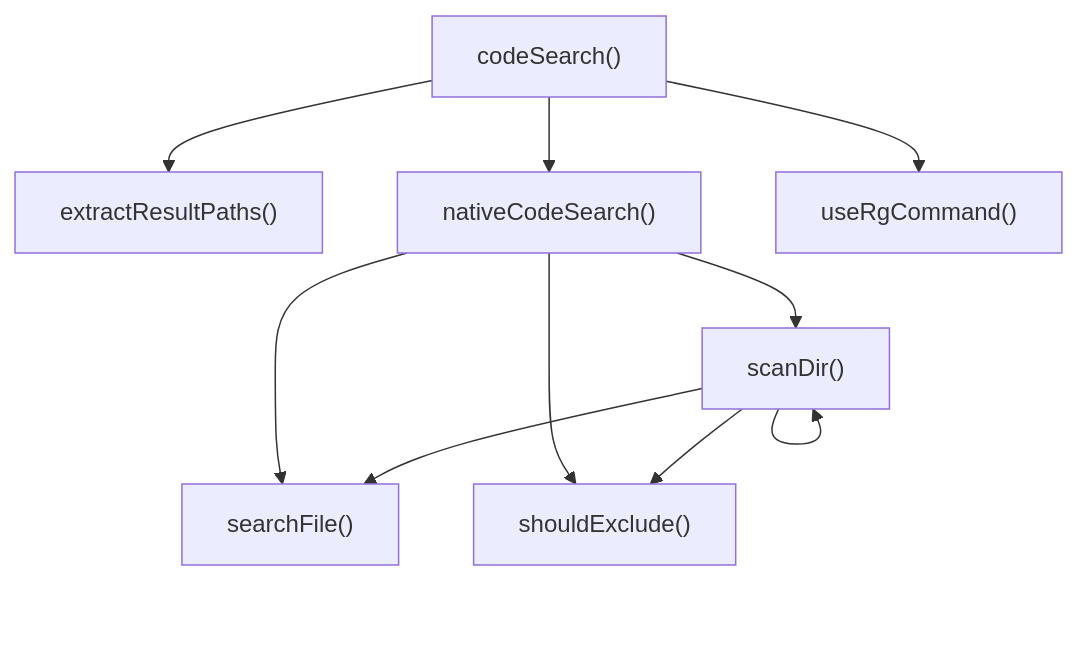
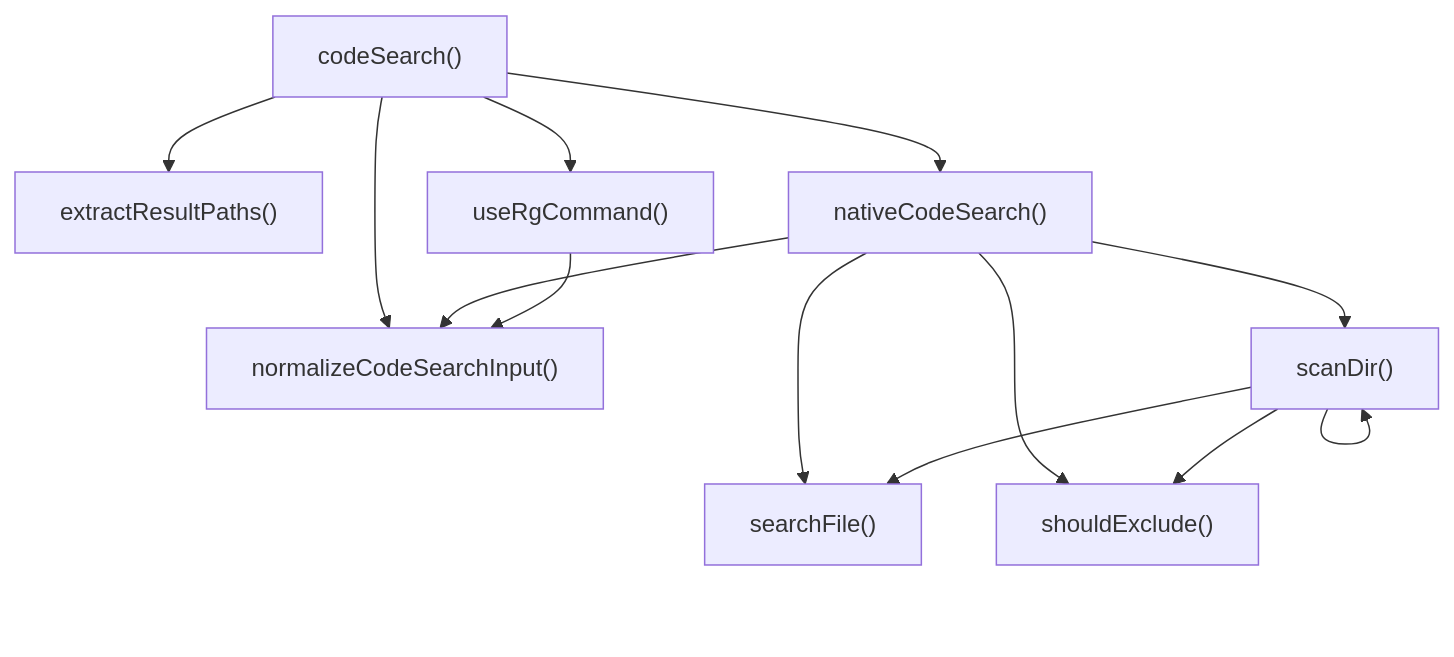
One commit to Mekann2904/mekann changed the second of 3 diagrams in ABDD/.pi/extensions/search/tools/code_search.md. Above: the diagram before and after it, drawn with Mermaid. The commit also changed other lines of this file and 205 other files, not shown here.

````diff
--- a/ABDD/.pi/extensions/search/tools/code_search.md
+++ b/ABDD/.pi/extensions/search/tools/code_search.md
@@ -54,19 +55,23 @@
 ```mermaid
 flowchart TD
   codeSearch["codeSearch()"]
   extractResultPaths["extractResultPaths()"]
   nativeCodeSearch["nativeCodeSearch()"]
+  normalizeCodeSearchInput["normalizeCodeSearchInput()"]
   scanDir["scanDir()"]
   searchFile["searchFile()"]
   shouldExclude["shouldExclude()"]
   useRgCommand["useRgCommand()"]
   codeSearch --> extractResultPaths
   codeSearch --> nativeCodeSearch
+  codeSearch --> normalizeCodeSearchInput
   codeSearch --> useRgCommand
+  nativeCodeSearch --> normalizeCodeSearchInput
   nativeCodeSearch --> scanDir
   nativeCodeSearch --> searchFile
   nativeCodeSearch --> shouldExclude
   scanDir --> scanDir
   scanDir --> searchFile
   scanDir --> shouldExclude
+  useRgCommand --> normalizeCodeSearchInput
 ```
````
